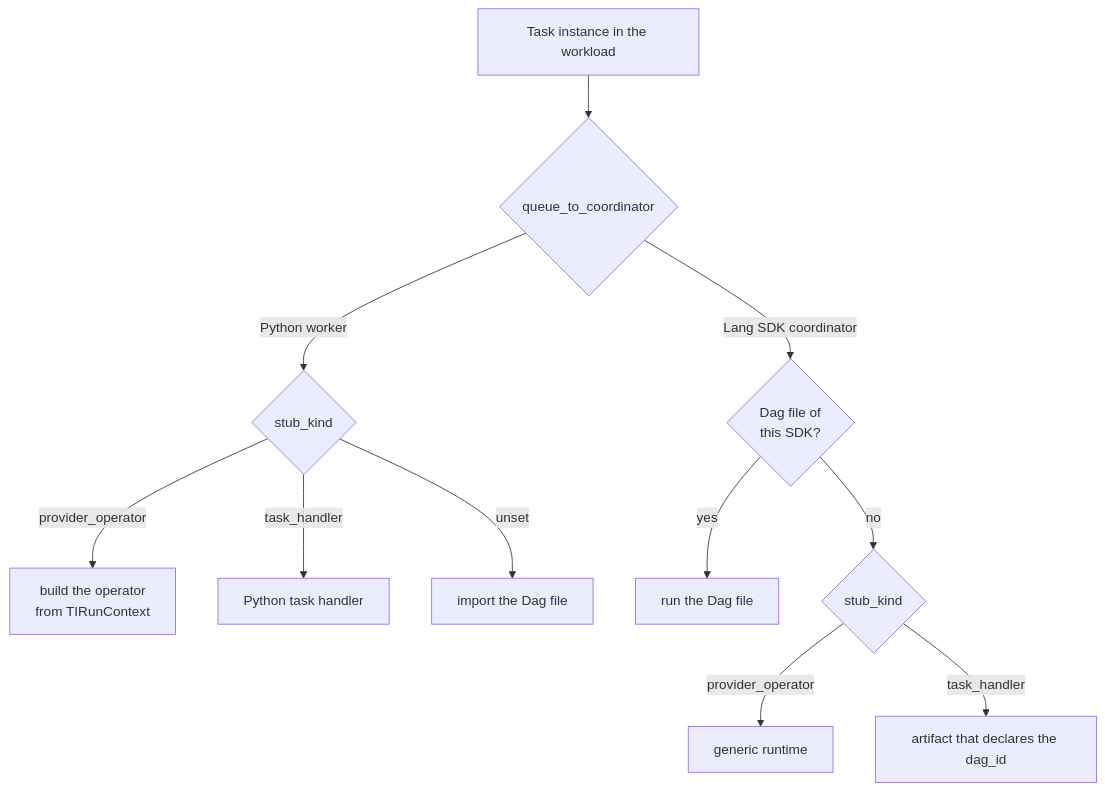
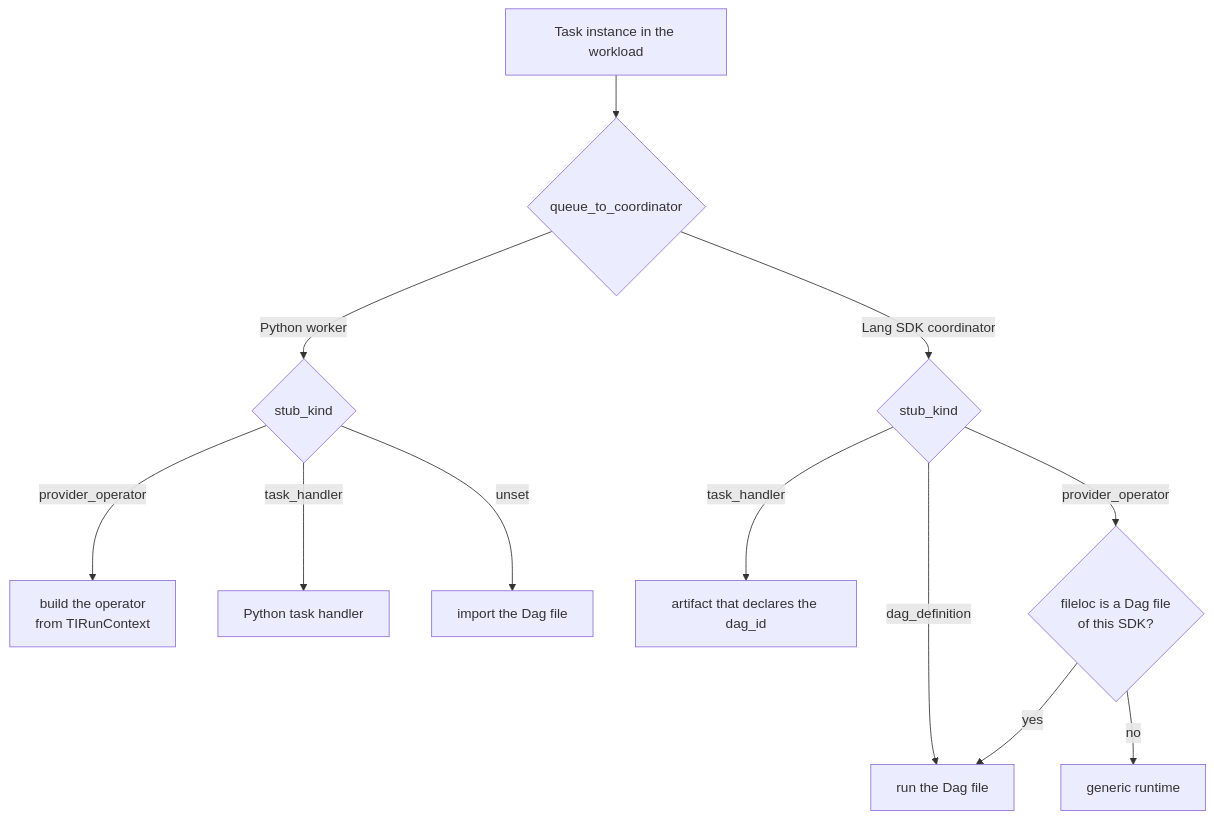
One commit to jason810496/airflow changed the sixth of 7 diagrams in airflow-core/adr/lang-sdk/0018-provider-operators-across-sdks.md. Above: the diagram before and after it, drawn with Mermaid. The commit also changed other lines of this file, not shown here.

Commit message:
Route by stub_kind first and move Go and Java loading out of ADR-0018

````diff
--- a/airflow-core/adr/lang-sdk/0018-provider-operators-across-sdks.md
+++ b/airflow-core/adr/lang-sdk/0018-provider-operators-across-sdks.md
@@ -343,13 +343,14 @@
 ```mermaid
 flowchart TD
     w["Task instance in the workload"] --> q{"queue_to_coordinator"}
     q -- "Python worker" --> py{"stub_kind"}
     py -- "provider_operator" --> pyb["build the operator<br/>from TIRunContext"]
     py -- "task_handler" --> pyh["Python task handler"]
     py -- "unset" --> pyd["import the Dag file"]
-    q -- "Lang SDK coordinator" --> nat{"Dag file of<br/>this SDK?"}
-    nat -- "yes" --> natr["run the Dag file"]
-    nat -- "no" --> k{"stub_kind"}
-    k -- "provider_operator" --> gen["generic runtime"]
+    q -- "Lang SDK coordinator" --> k{"stub_kind"}
+    k -- "dag_definition" --> natr["run the Dag file"]
     k -- "task_handler" --> art["artifact that declares the dag_id"]
+    k -- "provider_operator" --> nat{"fileloc is a Dag file<br/>of this SDK?"}
+    nat -- "yes" --> natr
+    nat -- "no" --> gen["generic runtime"]
 ```
````
